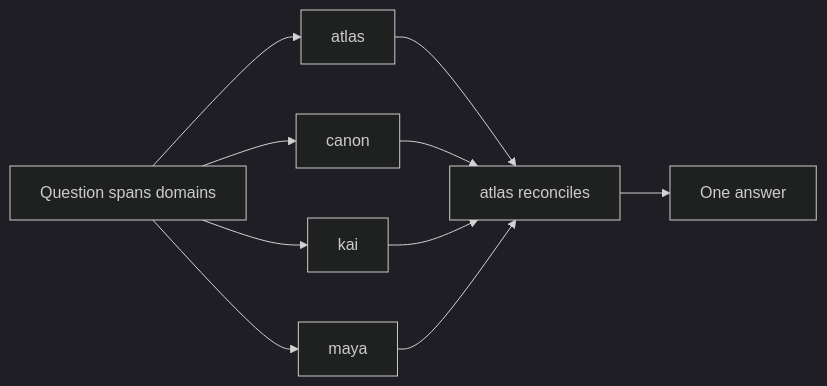
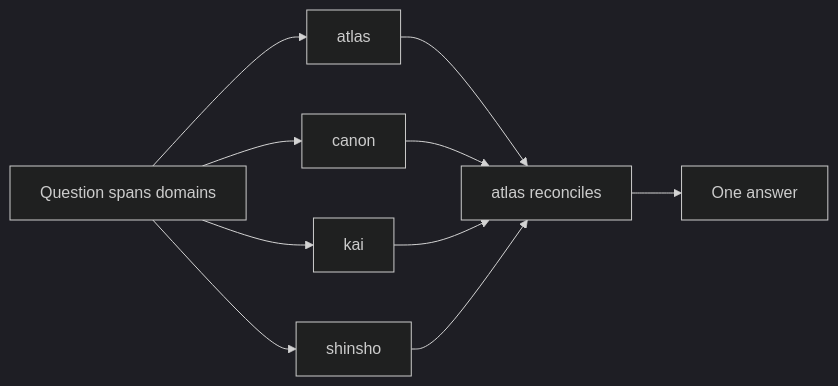
The diagram in .claude/SQUAD-ROUTING.md (DatNguyen998/orchestrator_prompts), drawn with Mermaid (dark theme) before and after one commit. The commit also changed other lines of this file and 11 other files, not shown here.

````diff
--- a/.claude/SQUAD-ROUTING.md
+++ b/.claude/SQUAD-ROUTING.md
@@ -23,12 +23,12 @@
 ```mermaid
 flowchart LR
   Q[Question spans domains] --> A[atlas]
   Q --> C[canon]
   Q --> K[kai]
-  Q --> M[maya]
+  Q --> M[shinsho]
   A --> R[atlas reconciles]
   C --> R
   K --> R
   M --> R
   R --> Out[One answer]
 ```
````
